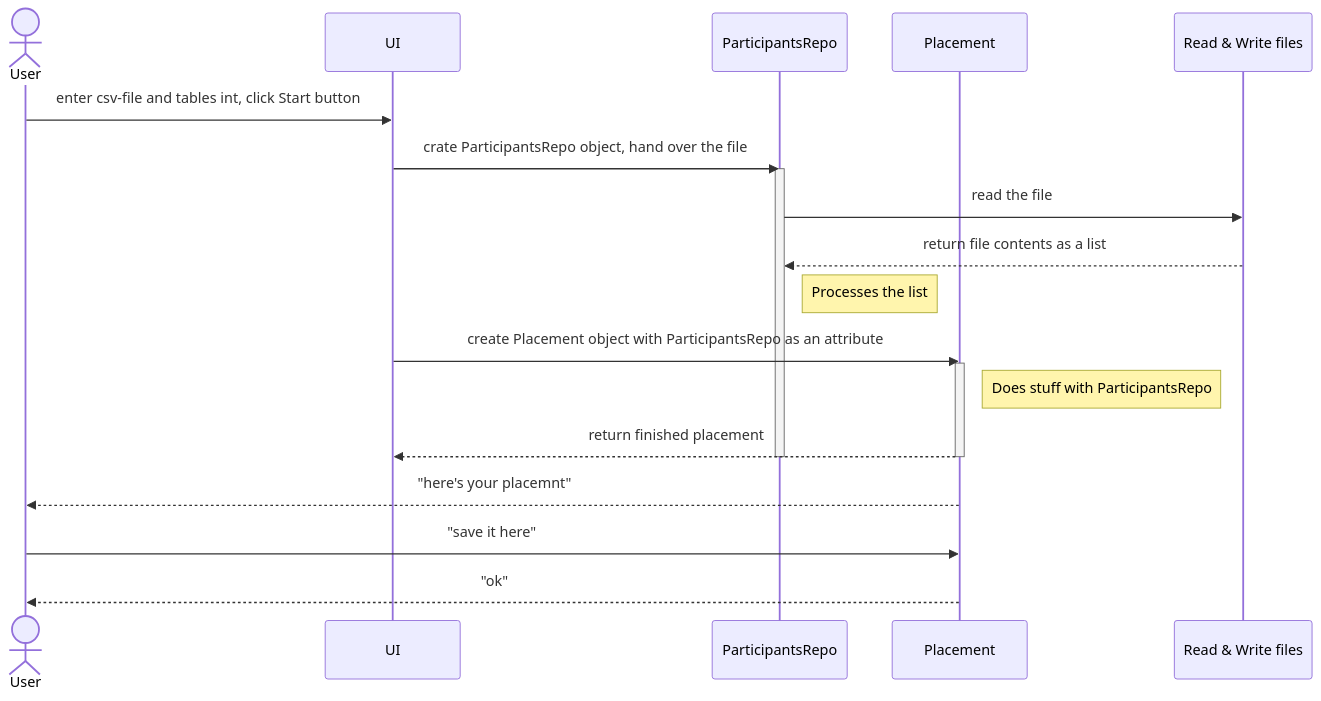
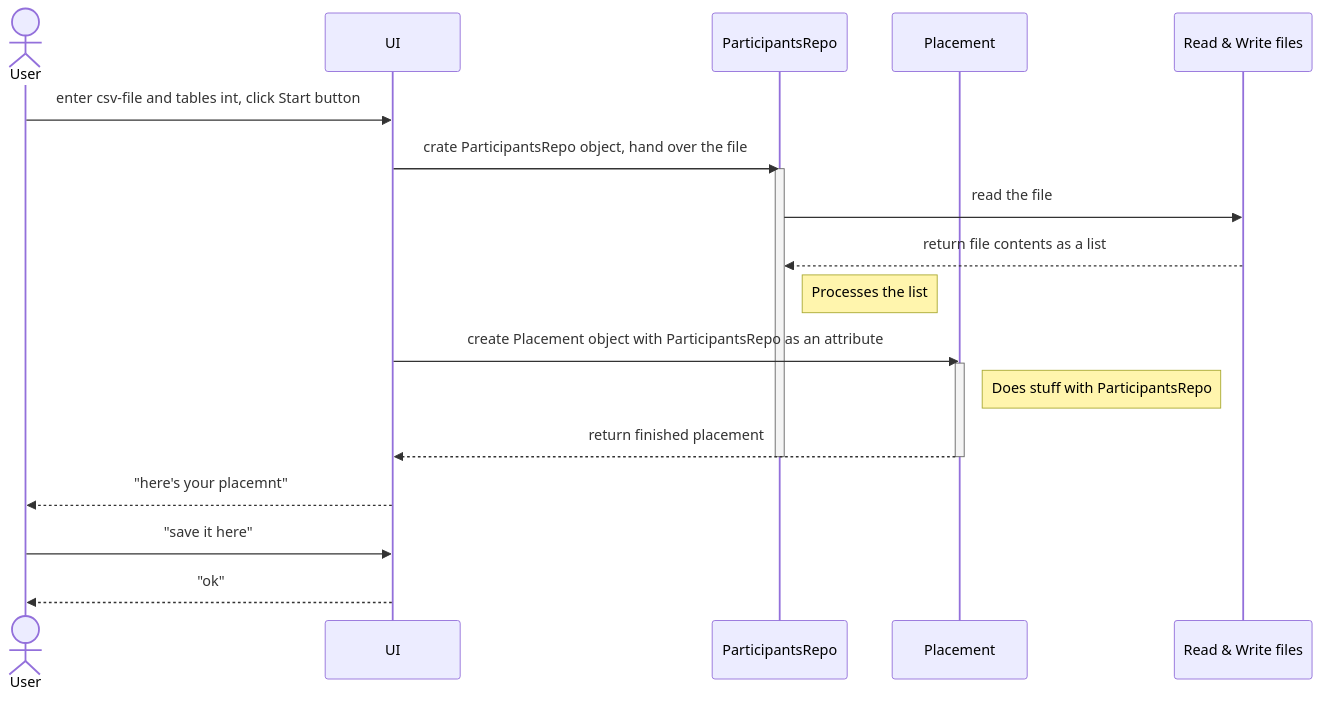
Before and after one commit to HeljaeRaeisaenen/ohte-harjoitusty-: the fourth of 4 diagrams in documentation/architecture.md, drawn with Mermaid. The commit also changed other lines of this file, not shown here.

````diff
--- a/documentation/architecture.md
+++ b/documentation/architecture.md
@@ -77,24 +77,24 @@
   ```mermaid
   sequenceDiagram
   actor U as User
   participant P as UI
   participant Pa as ParticipantsRepo
   participant L as Placement
   participant R as Read & Write files
 
   U->>P: enter csv-file and tables int, click Start button
   P->>Pa: crate ParticipantsRepo object, hand over the file
   activate Pa
   Pa->>R: read the file
   R-->>Pa: return file contents as a list
   Note right of Pa: Processes the list
   P->>L: create Placement object with ParticipantsRepo as an attribute
   activate L
   Note right of L: Does stuff with ParticipantsRepo
   L-->>P: return finished placement
   deactivate L
   deactivate Pa
-  L-->>U: "here's your placemnt"
-  U->>L: "save it here"
-  L-->>U: "ok"
+  P-->>U: "here's your placemnt"
+  U->>P: "save it here"
+  P-->>U: "ok"
 ```
````
